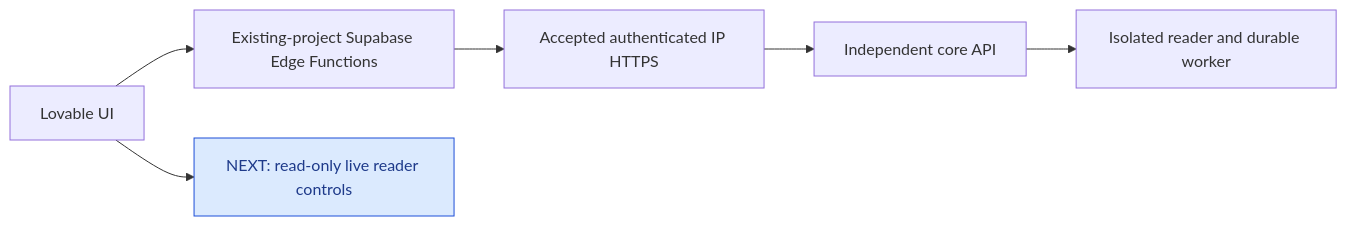
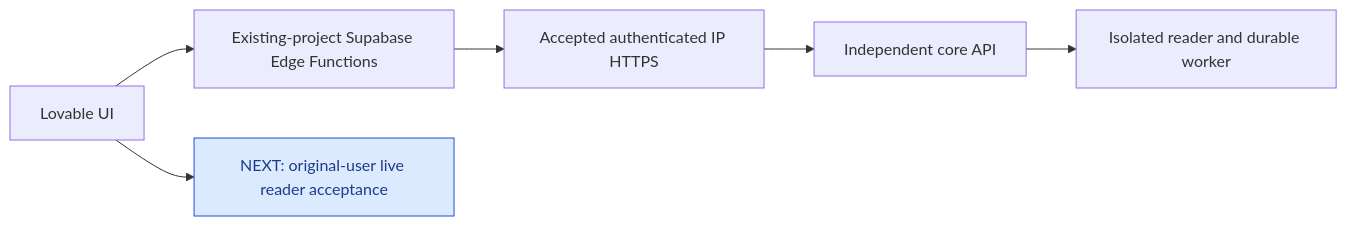
Before and after one commit to jvelezc/ai-screen-reader: the diagram in docs/next-edge-to-core-connection.md, drawn with Mermaid. The commit also changed other lines of this file and 1 other file, not shown here.

Commit message:
Mark live reader implementation complete and tenant acceptance next

````diff
--- a/docs/next-edge-to-core-connection.md
+++ b/docs/next-edge-to-core-connection.md
@@ -10,10 +10,10 @@
 ```mermaid
 flowchart LR
     UI[Lovable UI] --> Edge[Existing-project Supabase Edge Functions]
     Edge --> Path[Accepted authenticated IP HTTPS]
     Path --> Core[Independent core API]
     Core --> Worker[Isolated reader and durable worker]
-    UI --> Acceptance[NEXT: read-only live reader controls]
+    UI --> Acceptance[NEXT: original-user live reader acceptance]
     classDef next fill:#dbeafe,stroke:#1d4ed8,color:#1e3a8a
     class Acceptance next
 ```
````
